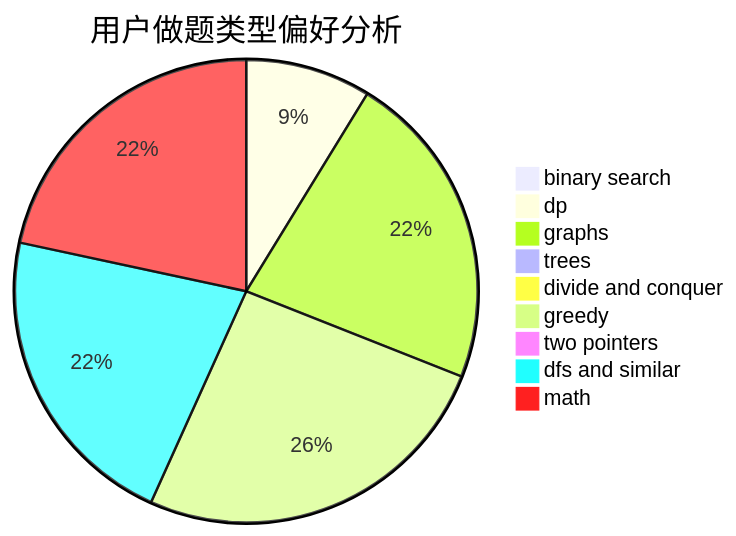
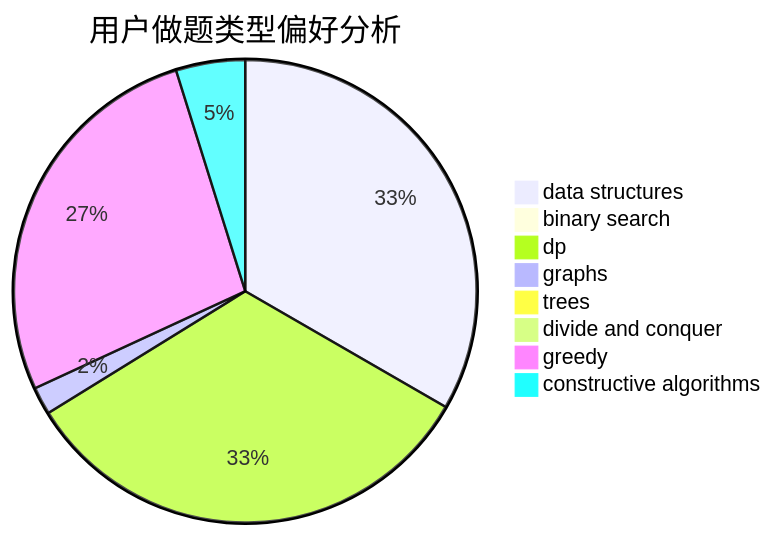
One commit to sherpahu/cfrs.github.io changed the second of 3 diagrams in docs/user/u2050.md. Above: the diagram before and after it, drawn with Mermaid. The commit also changed other lines of this file and 2775 other files, not shown here.

````diff
--- a/docs/user/u2050.md
+++ b/docs/user/u2050.md
@@ -23,12 +23,11 @@
 ```mermaid
 pie title 用户做题类型偏好分析
+    "data structures" :  69
     "binary search" :  0
-    "dp" :  85
-    "graphs" :  216
+    "dp" :  68
+    "graphs" :  4
     "trees" :  0
     "divide and conquer" :  0
-    "greedy" :  250
-    "two pointers" :  0
-    "dfs and similar" :  210
-    "math" :  210
+    "greedy" :  56
+    "constructive algorithms" :  10
 ```
````
